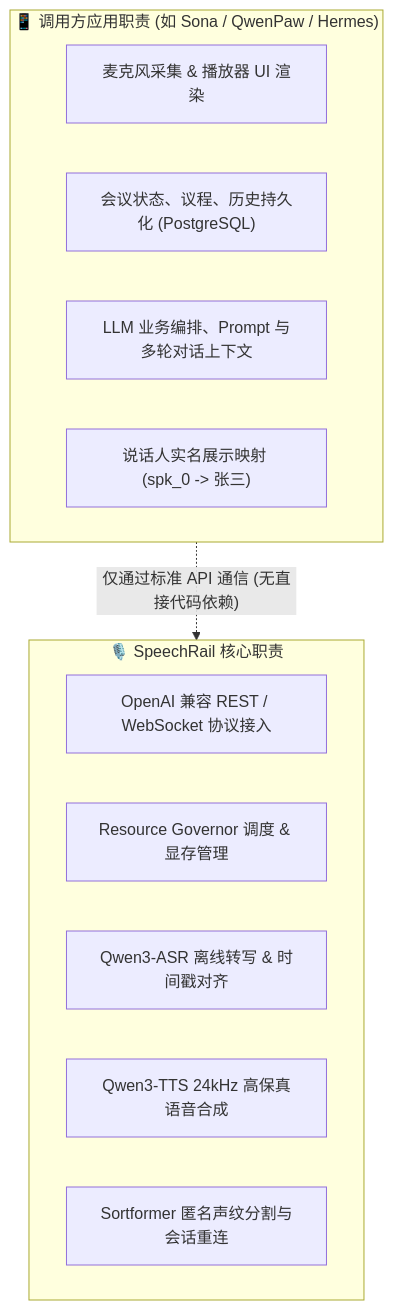
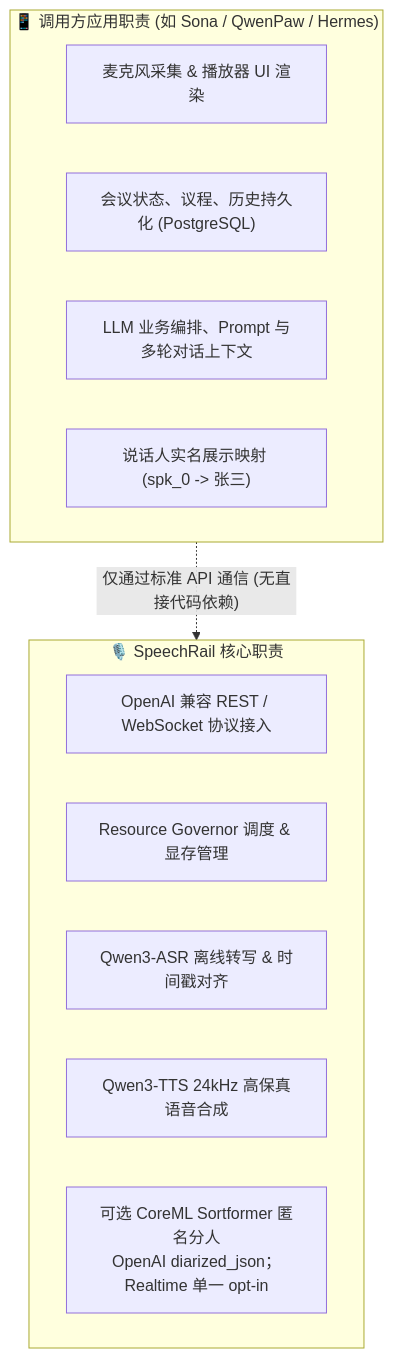
One commit to hrygo/SpeechRail changed the diagram in docs/architecture/product-scope.md. Above: the diagram before and after it, drawn with Mermaid. The commit also changed other lines of this file and 114 other files, not shown here.

````diff
--- a/docs/architecture/product-scope.md
+++ b/docs/architecture/product-scope.md
@@ -17,19 +17,19 @@
 ```mermaid
 graph TD
     subgraph Sona ["📱 调用方应用职责 (如 Sona / QwenPaw / Hermes)"]
         UI["麦克风采集 & 播放器 UI 渲染"]
         Meet["会议状态、议程、历史持久化 (PostgreSQL)"]
         LLM["LLM 业务编排、Prompt 与多轮对话上下文"]
         Spk["说话人实名展示映射 (spk_0 -> 张三)"]
     end
 
     subgraph Rail ["🎙️ SpeechRail 核心职责"]
         Proto["OpenAI 兼容 REST / WebSocket 协议接入"]
         Sched["Resource Governor 调度 & 显存管理"]
         ASR_M["Qwen3-ASR 离线转写 & 时间戳对齐"]
         TTS_M["Qwen3-TTS 24kHz 高保真语音合成"]
-        Diar_M["Sortformer 匿名声纹分割与会话重连"]
+        Diar_M["可选 CoreML Sortformer 匿名分人<br/>OpenAI diarized_json；Realtime 单一 opt-in"]
     end
 
     Sona -.->|"仅通过标准 API 通信 (无直接代码依赖)"| Rail
 ```
````
